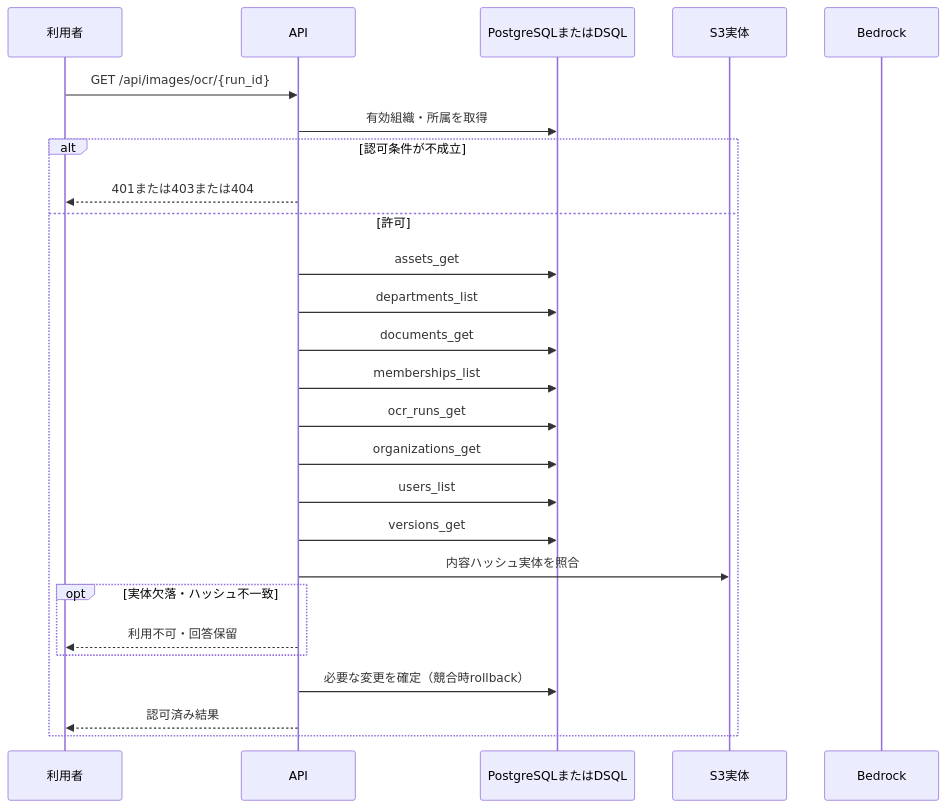
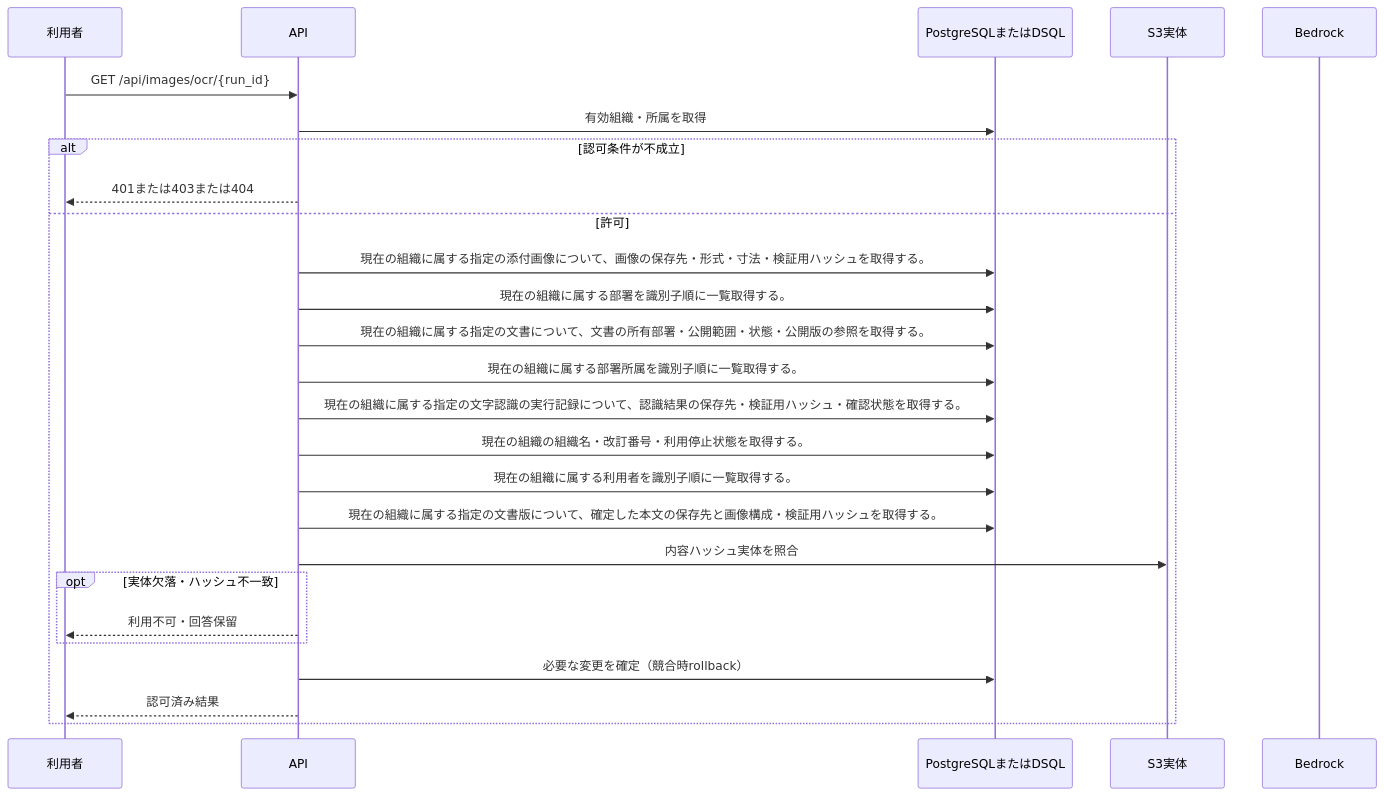
Before and after one commit to tsuji-tomonori/KotoRelay: the diagram in docs/design/generated/api/images/get_ocr/sequence.md, drawn with Mermaid. The commit also changed other lines of this file and 286 other files, not shown here.

````diff
--- a/docs/design/generated/api/images/get_ocr/sequence.md
+++ b/docs/design/generated/api/images/get_ocr/sequence.md
@@ -7,28 +7,28 @@
 ```mermaid
 sequenceDiagram
     participant U as 利用者
     participant A as API
     participant D as PostgreSQLまたはDSQL
     participant S as S3実体
     participant M as Bedrock
     U->>A: GET /api/images/ocr/{run_id}
     A->>D: 有効組織・所属を取得
     alt 認可条件が不成立
         A-->>U: 401または403または404
     else 許可
-        A->>D: assets_get
-        A->>D: departments_list
-        A->>D: documents_get
-        A->>D: memberships_list
-        A->>D: ocr_runs_get
-        A->>D: organizations_get
-        A->>D: users_list
-        A->>D: versions_get
+        A->>D: 現在の組織に属する指定の添付画像について、画像の保存先・形式・寸法・検証用ハッシュを取得する。
+        A->>D: 現在の組織に属する部署を識別子順に一覧取得する。
+        A->>D: 現在の組織に属する指定の文書について、文書の所有部署・公開範囲・状態・公開版の参照を取得する。
+        A->>D: 現在の組織に属する部署所属を識別子順に一覧取得する。
+        A->>D: 現在の組織に属する指定の文字認識の実行記録について、認識結果の保存先・検証用ハッシュ・確認状態を取得する。
+        A->>D: 現在の組織の組織名・改訂番号・利用停止状態を取得する。
+        A->>D: 現在の組織に属する利用者を識別子順に一覧取得する。
+        A->>D: 現在の組織に属する指定の文書版について、確定した本文の保存先と画像構成・検証用ハッシュを取得する。
         A->>S: 内容ハッシュ実体を照合
         opt 実体欠落・ハッシュ不一致
             A-->>U: 利用不可・回答保留
         end
         A->>D: 必要な変更を確定（競合時rollback）
         A-->>U: 認可済み結果
     end
 ```
````
